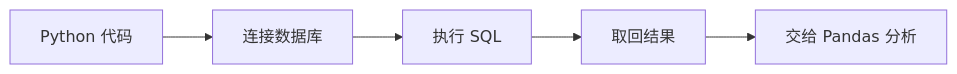
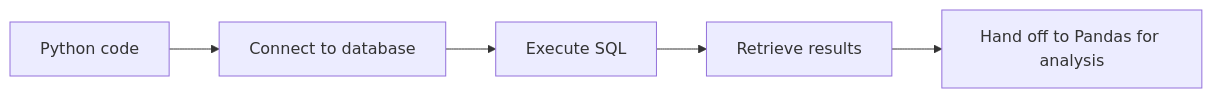
Before and after one commit to oudbiao/AI-fullstack-course: the first of 2 diagrams in docs/ch03-data-analysis/ch05-database/03-python-db.md, drawn with Mermaid. The commit also changed other lines of this file and 1406 other files, not shown here.

````diff
--- a/docs/ch03-data-analysis/ch05-database/03-python-db.md
+++ b/docs/ch03-data-analysis/ch05-database/03-python-db.md
@@ -43,7 +43,7 @@
 ```mermaid
 flowchart LR
-    A["Python 代码"] --> B["连接数据库"]
-    B --> C["执行 SQL"]
-    C --> D["取回结果"]
-    D --> E["交给 Pandas 分析"]
+    A["Python code"] --> B["Connect to database"]
+    B --> C["Execute SQL"]
+    C --> D["Retrieve results"]
+    D --> E["Hand off to Pandas for analysis"]
 ```
````
